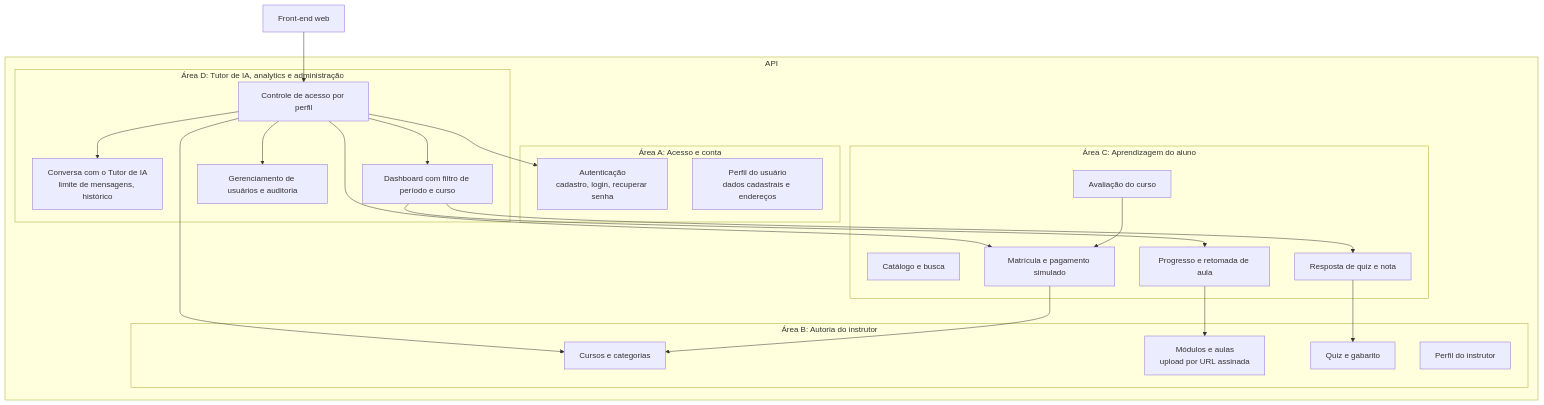
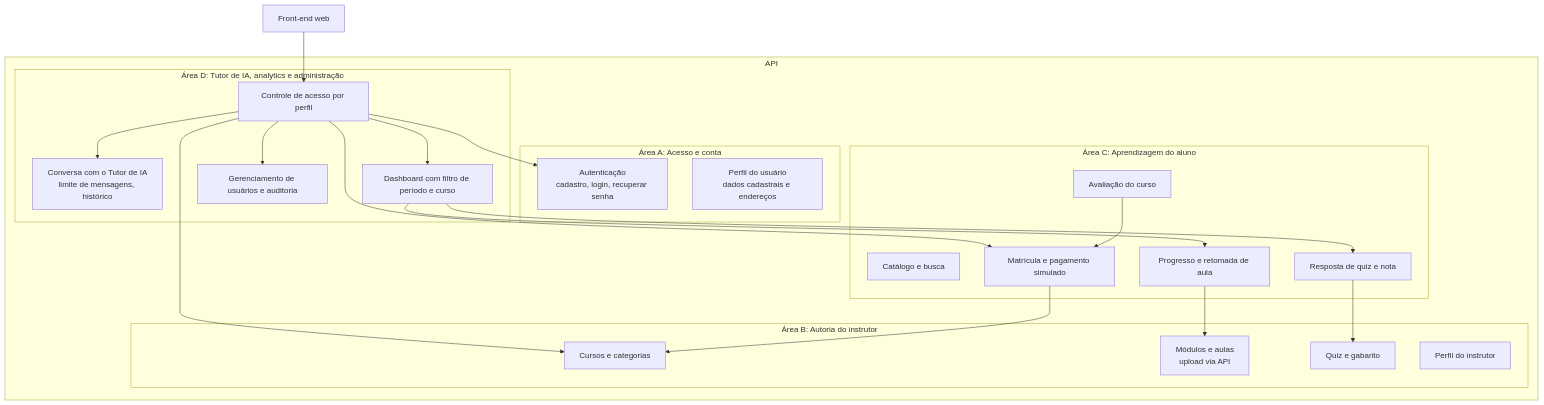
The third of 6 diagrams in docs/sdd.md (Plataforma-de-Cursos-TCC/plataforma-cursos-docs), drawn with Mermaid before and after one commit. The commit also changed other lines of this file and 2 other files, not shown here.

````diff
--- a/docs/sdd.md
+++ b/docs/sdd.md
@@ -102,44 +102,44 @@
 ```mermaid
 flowchart TB
     web["Front-end web"]
 
     subgraph api["API"]
         subgraph areaA["Área A: Acesso e conta"]
             auth["Autenticação<br/>cadastro, login, recuperar senha"]
             perfil["Perfil do usuário<br/>dados cadastrais e endereços"]
         end
         subgraph areaB["Área B: Autoria do instrutor"]
             cursos["Cursos e categorias"]
-            modaulas["Módulos e aulas<br/>upload por URL assinada"]
+            modaulas["Módulos e aulas<br/>upload via API"]
             quizaut["Quiz e gabarito"]
             perfinstr["Perfil do instrutor"]
         end
         subgraph areaC["Área C: Aprendizagem do aluno"]
             catalogo["Catálogo e busca"]
             matricula["Matrícula e pagamento simulado"]
             progresso["Progresso e retomada de aula"]
             quizresp["Resposta de quiz e nota"]
             avaliacao["Avaliação do curso"]
         end
         subgraph areaD["Área D: Tutor de IA, analytics e administração"]
             chat["Conversa com o Tutor de IA<br/>limite de mensagens, histórico"]
             dash["Dashboard com filtro de período e curso"]
             usuarios["Gerenciamento de usuários e auditoria"]
             guarda["Controle de acesso por perfil"]
         end
     end
 
     web --> guarda
     guarda --> auth
     guarda --> cursos
     guarda --> matricula
     guarda --> chat
     guarda --> dash
     guarda --> usuarios
     matricula --> cursos
     quizresp --> quizaut
     progresso --> modaulas
     avaliacao --> matricula
     dash --> progresso
     dash --> quizresp
 ```
````
